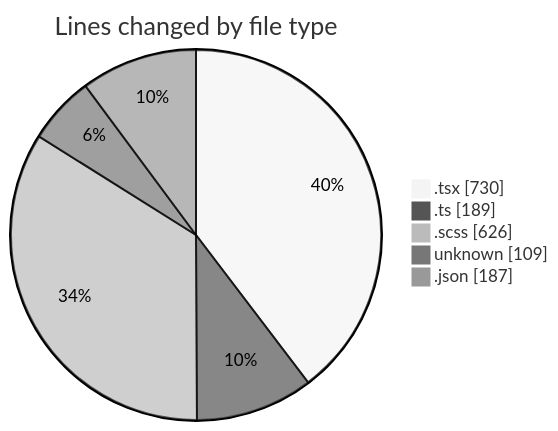
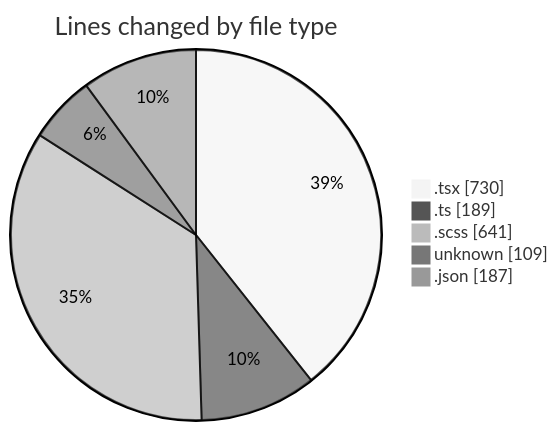
The first of 2 diagrams in 2026-04-15/cda/README.md (momahboobian/code-tracking), drawn with Mermaid (neutral theme) before and after one commit. The commit also changed other lines of this file and 1 other file, not shown here.

````diff
--- a/2026-04-15/cda/README.md
+++ b/2026-04-15/cda/README.md
@@ -34,9 +34,9 @@
 ```mermaid
 pie showData
 title Lines changed by file type
 ".tsx" : 730
 ".ts" : 189
-".scss" : 626
+".scss" : 641
 "unknown" : 109
 ".json" : 187
 ```
````
